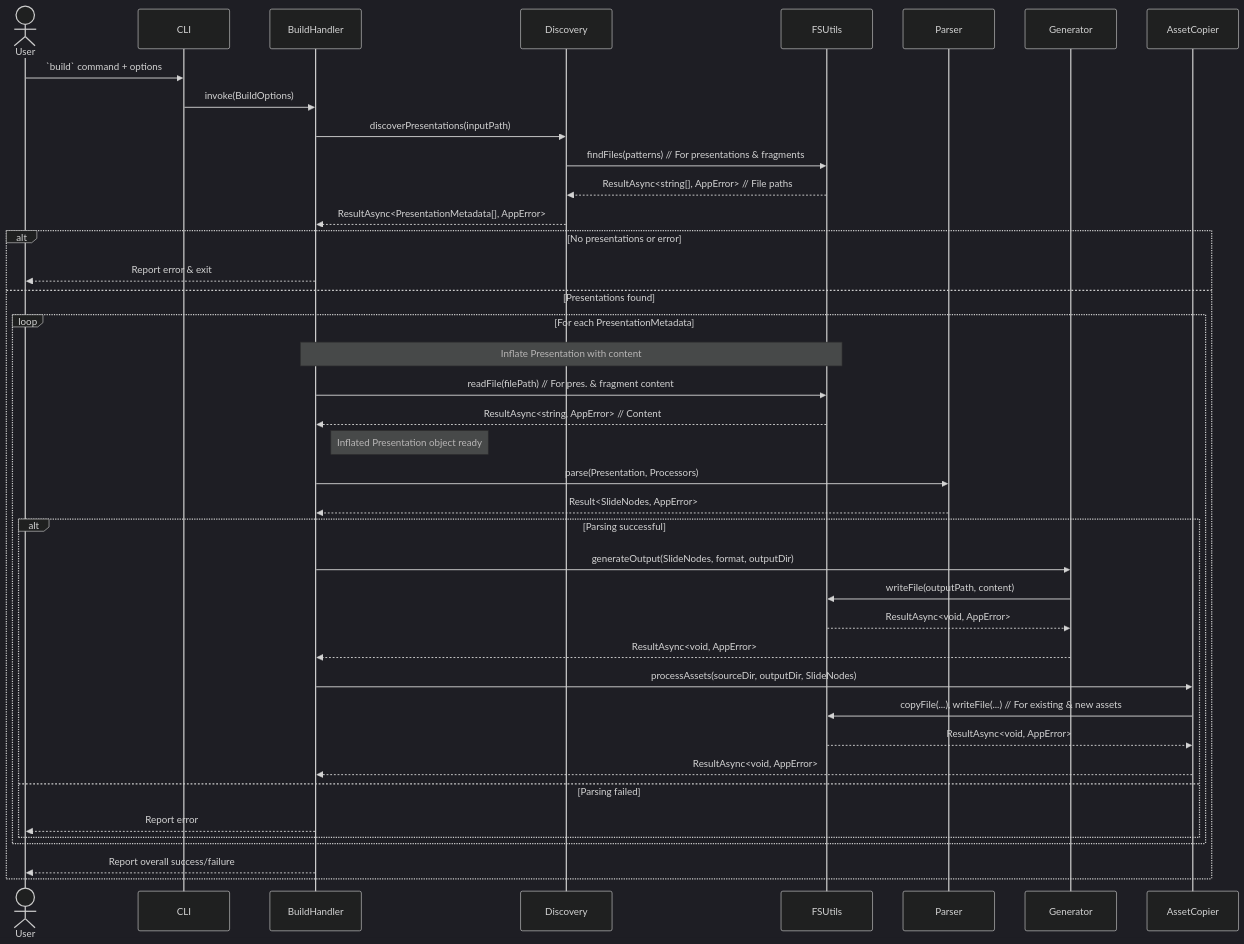
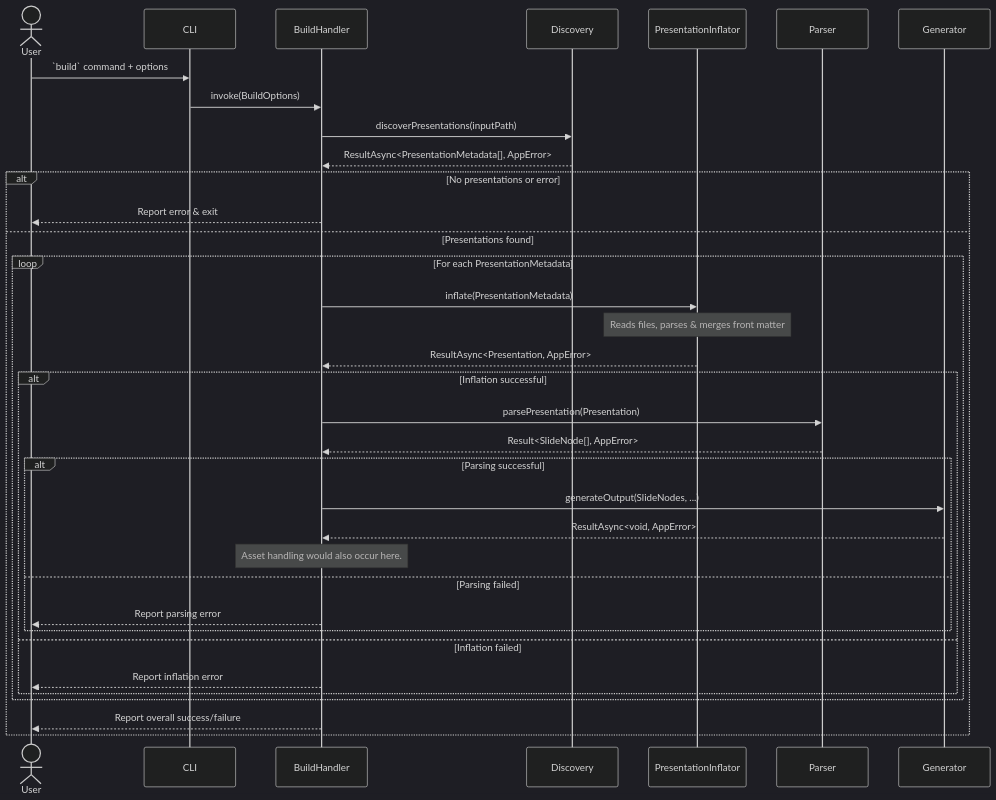
Before and after one commit to ajelinek/parse-a-slide: the first of 2 diagrams in _docs/20-System-Design.md, drawn with Mermaid (dark theme). The commit also changed other lines of this file and 19 other files, not shown here.

Commit message:
feat: introduce front matter parsing capability with a dedicated inflation stage, enhancing presentation processing and simplifying parser implementation

````diff
--- a/_docs/20-System-Design.md
+++ b/_docs/20-System-Design.md
@@ -171,48 +182,42 @@
 ```mermaid
 sequenceDiagram
     actor User
     participant CLI
     participant BuildHandler
     participant Discovery
-    participant FSUtils
+    participant PresentationInflator
     participant Parser
     participant Generator
-    participant AssetCopier
 
     User->>CLI: `build` command + options
     CLI->>BuildHandler: invoke(BuildOptions)
 
     BuildHandler->>Discovery: discoverPresentations(inputPath)
-    Discovery->>FSUtils: findFiles(patterns)  // For presentations & fragments
-    FSUtils-->>Discovery: ResultAsync<string[], AppError> // File paths
     Discovery-->>BuildHandler: ResultAsync<PresentationMetadata[], AppError>
 
     alt No presentations or error
         BuildHandler-->>User: Report error & exit
     else Presentations found
         loop For each PresentationMetadata
-            note over BuildHandler, FSUtils: Inflate Presentation with content
-            BuildHandler->>FSUtils: readFile(filePath) // For pres. & fragment content
-            FSUtils-->>BuildHandler: ResultAsync<string, AppError> // Content
-            note right of BuildHandler: Inflated Presentation object ready
+            BuildHandler->>PresentationInflator: inflate(PresentationMetadata)
+            note over PresentationInflator: Reads files, parses & merges front matter
+            PresentationInflator-->>BuildHandler: ResultAsync<Presentation, AppError>
 
-            BuildHandler->>Parser: parse(Presentation, Processors)
-            Parser-->>BuildHandler: Result<SlideNodes, AppError>
+            alt Inflation successful
+                BuildHandler->>Parser: parsePresentation(Presentation)
+                Parser-->>BuildHandler: Result<SlideNode[], AppError>
 
-            alt Parsing successful
-                BuildHandler->>Generator: generateOutput(SlideNodes, format, outputDir)
-                Generator->>FSUtils: writeFile(outputPath, content)
-                FSUtils-->>Generator: ResultAsync<void, AppError>
-                Generator-->>BuildHandler: ResultAsync<void, AppError>
-
-                BuildHandler->>AssetCopier: processAssets(sourceDir, outputDir, SlideNodes)
-                AssetCopier->>FSUtils: copyFile(...), writeFile(...) // For existing & new assets
-                FSUtils-->>AssetCopier: ResultAsync<void, AppError>
-                AssetCopier-->>BuildHandler: ResultAsync<void, AppError>
-            else Parsing failed
-                BuildHandler-->>User: Report error
+                alt Parsing successful
+                    BuildHandler->>Generator: generateOutput(SlideNodes, ...)
+                    Generator-->>BuildHandler: ResultAsync<void, AppError>
+                    note over BuildHandler: Asset handling would also occur here.
+                else Parsing failed
+                    BuildHandler-->>User: Report parsing error
+                end
+            else Inflation failed
+                BuildHandler-->>User: Report inflation error
             end
         end
         BuildHandler-->>User: Report overall success/failure
     end
 ```
````
